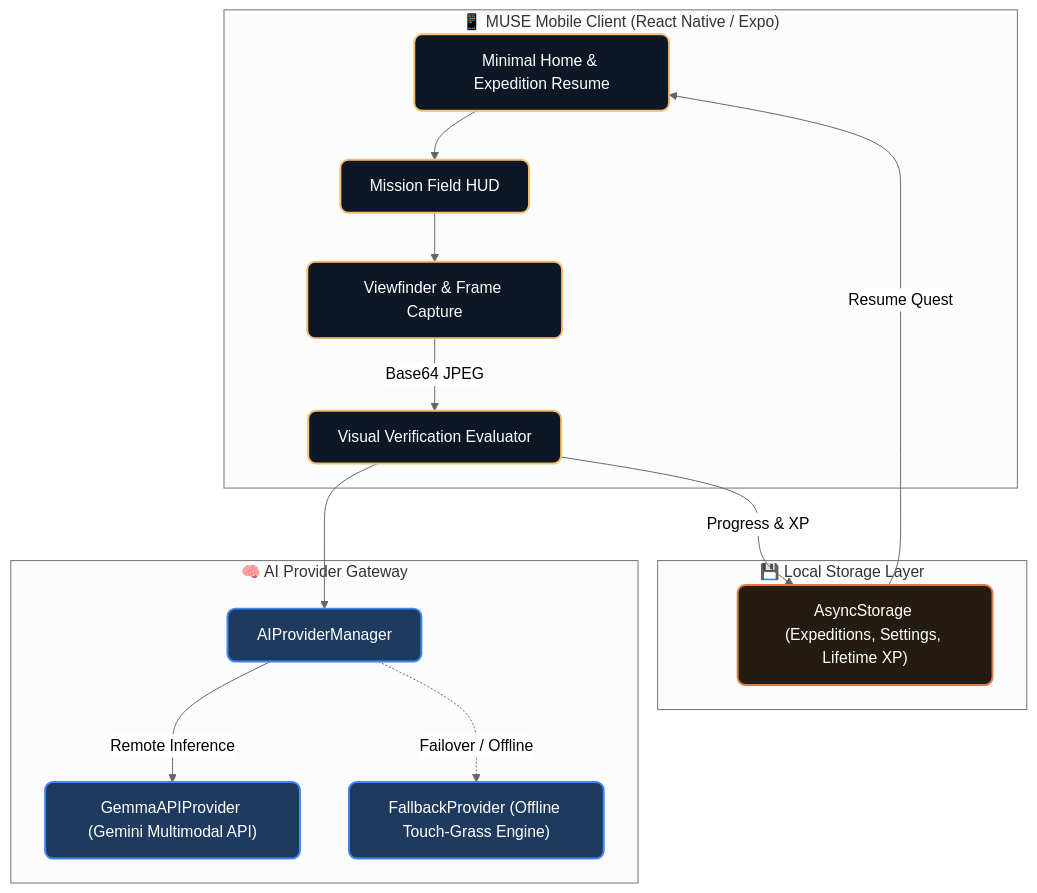
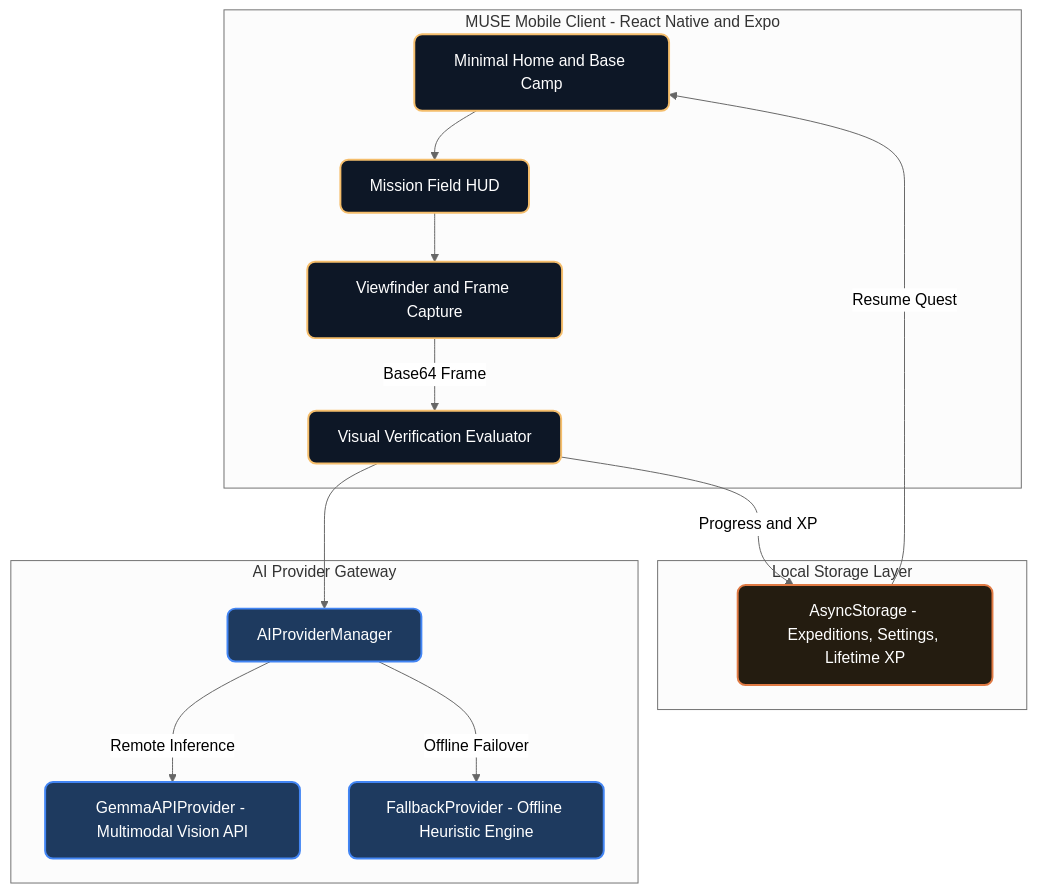
The first of 2 diagrams in README.md (lazyshrey/muse), drawn with Mermaid (neutral theme) before and after one commit.

Commit message:
docs: fix Mermaid architecture diagram syntax for GitHub markdown renderer

````diff
--- a/README.md
+++ b/README.md
@@ -112,32 +112,32 @@
 ```mermaid
-graph TD
+flowchart TD
     classDef client fill:#0d1726,stroke:#f5be6c,stroke-width:2px,color:#fff,rx:8px,ry:8px
     classDef ai fill:#1e3a5f,stroke:#4285F4,stroke-width:2px,color:#fff,rx:8px,ry:8px
     classDef storage fill:#241c10,stroke:#e07a44,stroke-width:2px,color:#fff,rx:8px,ry:8px
 
-    subgraph Client ["📱 MUSE Mobile Client (React Native / Expo)"]
-        Home["Minimal Home & Expedition Resume"]:::client
+    subgraph ClientLayer ["MUSE Mobile Client - React Native and Expo"]
+        Home["Minimal Home and Base Camp"]:::client
         HUD["Mission Field HUD"]:::client
-        Camera["Viewfinder & Frame Capture"]:::client
+        Camera["Viewfinder and Frame Capture"]:::client
         Result["Visual Verification Evaluator"]:::client
     end
 
-    subgraph Inference ["🧠 AI Provider Gateway"]
+    subgraph InferenceLayer ["AI Provider Gateway"]
         Manager["AIProviderManager"]:::ai
-        GeminiAPI["GemmaAPIProvider (Gemini Multimodal API)"]:::ai
-        EdgeFallback["FallbackProvider (Offline Touch-Grass Engine)"]:::ai
+        GeminiAPI["GemmaAPIProvider - Multimodal Vision API"]:::ai
+        EdgeFallback["FallbackProvider - Offline Heuristic Engine"]:::ai
     end
 
-    subgraph Storage ["💾 Local Storage Layer"]
-        AsyncStore["AsyncStorage (Expeditions, Settings, Lifetime XP)"]:::storage
+    subgraph StorageLayer ["Local Storage Layer"]
+        AsyncStore["AsyncStorage - Expeditions, Settings, Lifetime XP"]:::storage
     end
 
     Home --> HUD
     HUD --> Camera
-    Camera -->|Base64 JPEG| Result
+    Camera -->|Base64 Frame| Result
     Result --> Manager
     Manager -->|Remote Inference| GeminiAPI
-    Manager -.->|Failover / Offline| EdgeFallback
-    Result -->|Progress & XP| AsyncStore
+    Manager -->|Offline Failover| EdgeFallback
+    Result -->|Progress and XP| AsyncStore
     AsyncStore -->|Resume Quest| Home
 ```
````
